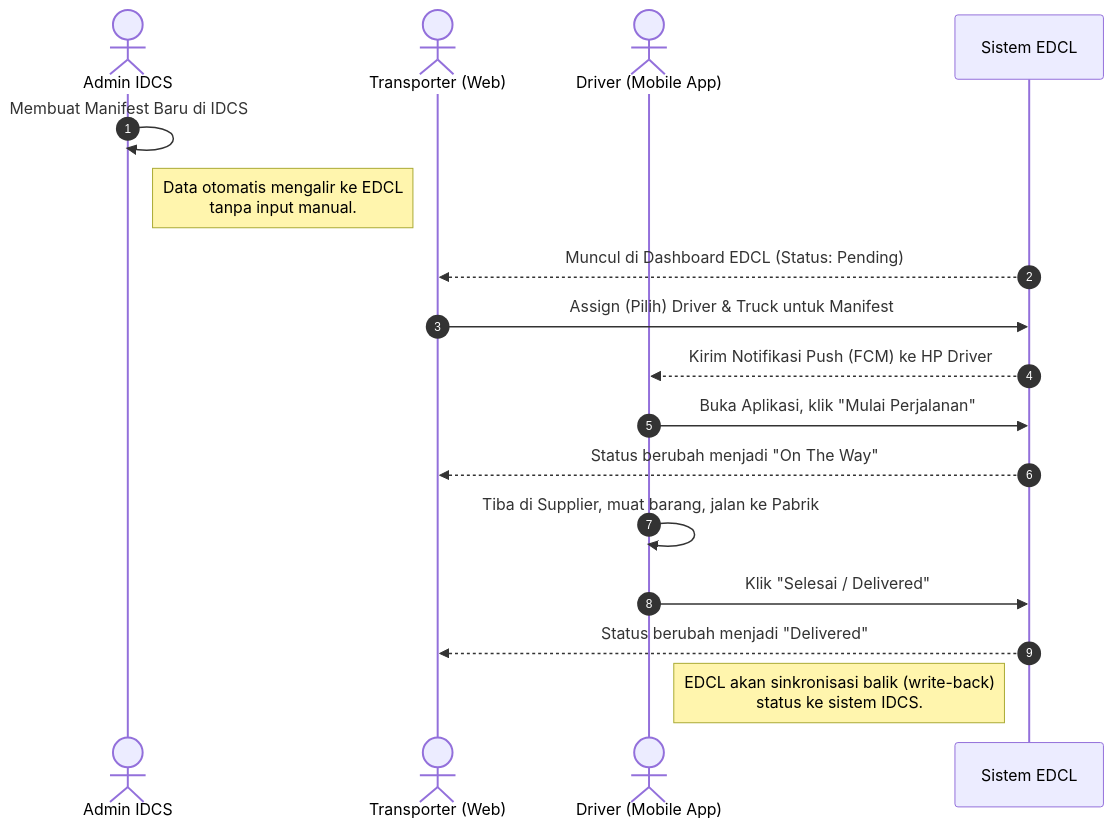
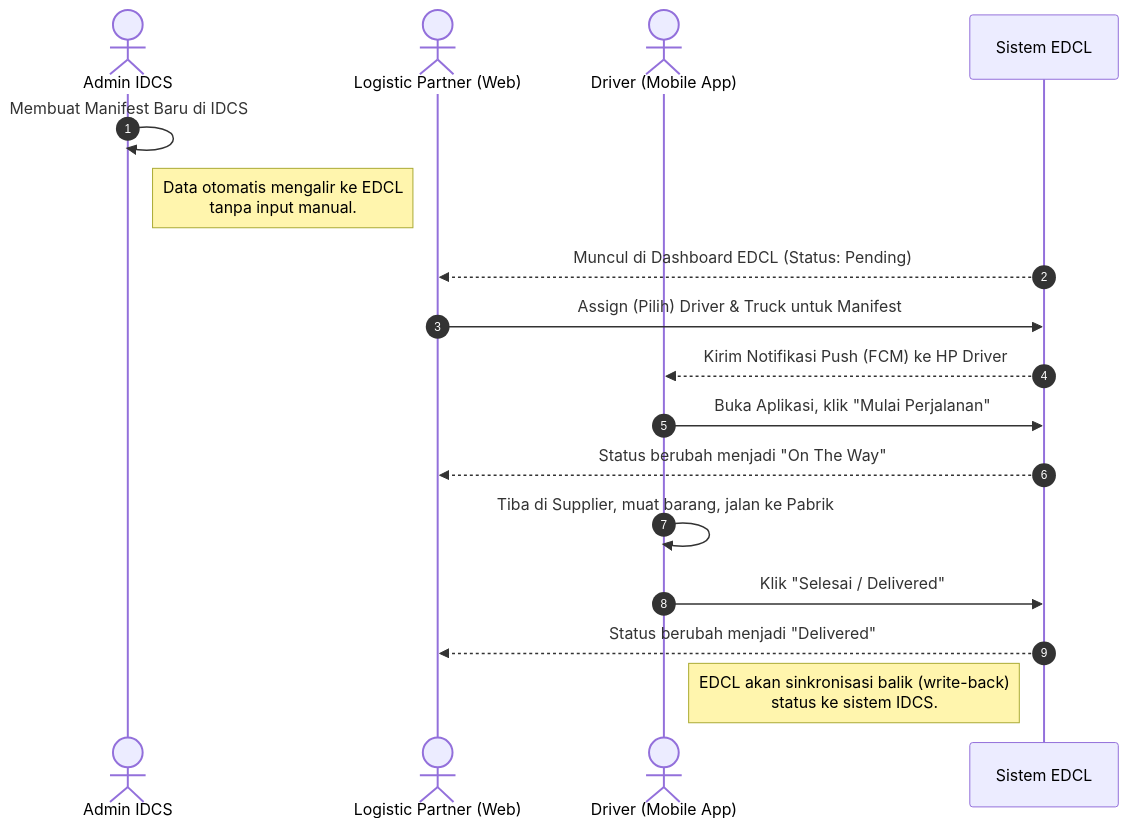
The second of 3 diagrams in docs/bisnis-proses/pengiriman-manifest.md (odealidj/minione-edcl-net), drawn with Mermaid before and after one commit. The commit also changed other lines of this file and 119 other files, not shown here.

Commit message:
docs: update logical-data-model to reflect LogisticPartner and Route additions

````diff
--- a/docs/bisnis-proses/pengiriman-manifest.md
+++ b/docs/bisnis-proses/pengiriman-manifest.md
@@ -42,24 +42,24 @@
 ```mermaid
 sequenceDiagram
     autonumber
     actor Admin as Admin IDCS
-    actor Vendor as Transporter (Web)
+    actor Vendor as Logistic Partner (Web)
     actor Driver as Driver (Mobile App)
     participant EDCL as Sistem EDCL
 
     Admin->>Admin: Membuat Manifest Baru di IDCS
     note right of Admin: Data otomatis mengalir ke EDCL<br/>tanpa input manual.
     EDCL-->>Vendor: Muncul di Dashboard EDCL (Status: Pending)
     
     Vendor->>EDCL: Assign (Pilih) Driver & Truck untuk Manifest
     EDCL-->>Driver: Kirim Notifikasi Push (FCM) ke HP Driver
     
     Driver->>EDCL: Buka Aplikasi, klik "Mulai Perjalanan"
     EDCL-->>Vendor: Status berubah menjadi "On The Way"
     
     Driver->>Driver: Tiba di Supplier, muat barang, jalan ke Pabrik
     
     Driver->>EDCL: Klik "Selesai / Delivered"
     EDCL-->>Vendor: Status berubah menjadi "Delivered"
     note left of EDCL: EDCL akan sinkronisasi balik (write-back)<br/>status ke sistem IDCS.
 ```
````
